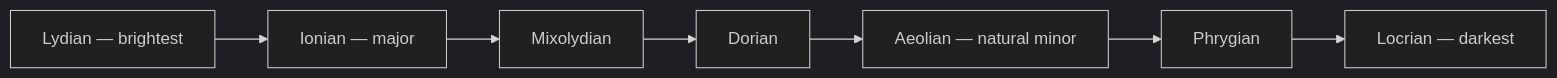
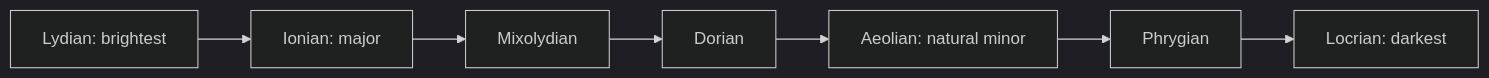
One commit to kennethreitz/kennethreitz.org changed the diagram in data/knowledge/music/scales-and-modes/index.md. Above: the diagram before and after it, drawn with Mermaid (dark theme). The commit also changed other lines of this file and 879 other files, not shown here.

````diff
--- a/data/knowledge/music/scales-and-modes/index.md
+++ b/data/knowledge/music/scales-and-modes/index.md
@@ -27,11 +27,11 @@
 ```mermaid
 flowchart LR
-    Ly["Lydian — brightest"]
-    Io["Ionian — major"]
+    Ly["Lydian: brightest"]
+    Io["Ionian: major"]
     Mi["Mixolydian"]
     Do["Dorian"]
-    Ae["Aeolian — natural minor"]
+    Ae["Aeolian: natural minor"]
     Ph["Phrygian"]
-    Lo["Locrian — darkest"]
+    Lo["Locrian: darkest"]
     Ly --> Io --> Mi --> Do --> Ae --> Ph --> Lo
 ```
````
